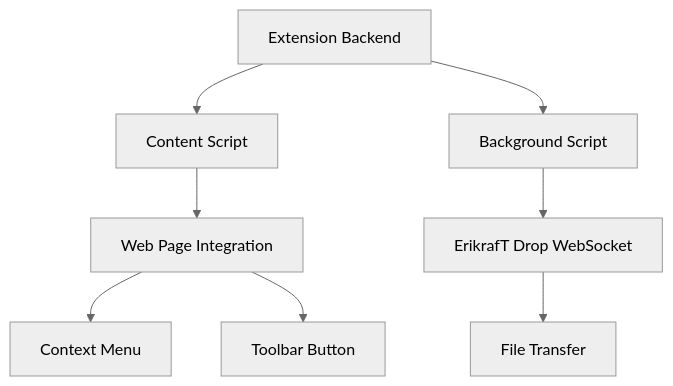
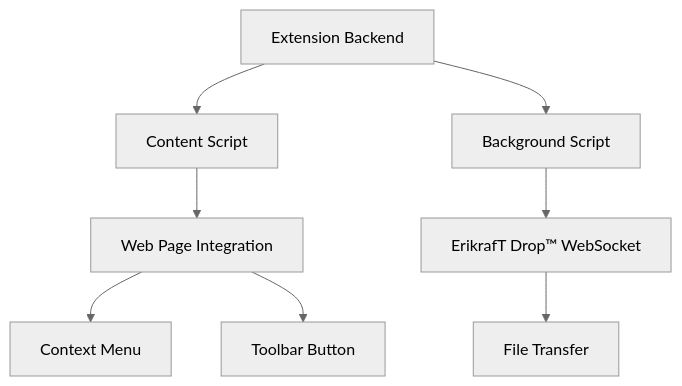
One commit to erikraft/Drop changed the diagram in docs/ecosystem/extensions.mdx. Above: the diagram before and after it, drawn with Mermaid (neutral theme). The commit also changed other lines of this file and 178 other files, not shown here.

First line of the commit message:
chore: update user-facing branding text with ErikrafT Drop™ trademark

````diff
--- a/docs/ecosystem/extensions.mdx
+++ b/docs/ecosystem/extensions.mdx
@@ -50,10 +50,10 @@
 ```mermaid
 graph TD
     A[Extension Backend] --> B[Content Script]
     A --> C[Background Script]
     B --> D[Web Page Integration]
-    C --> E[ErikrafT Drop WebSocket]
+    C --> E[ErikrafT Drop™ WebSocket]
     D --> F[Context Menu]
     D --> G[Toolbar Button]
     E --> H[File Transfer]
 ```
````
